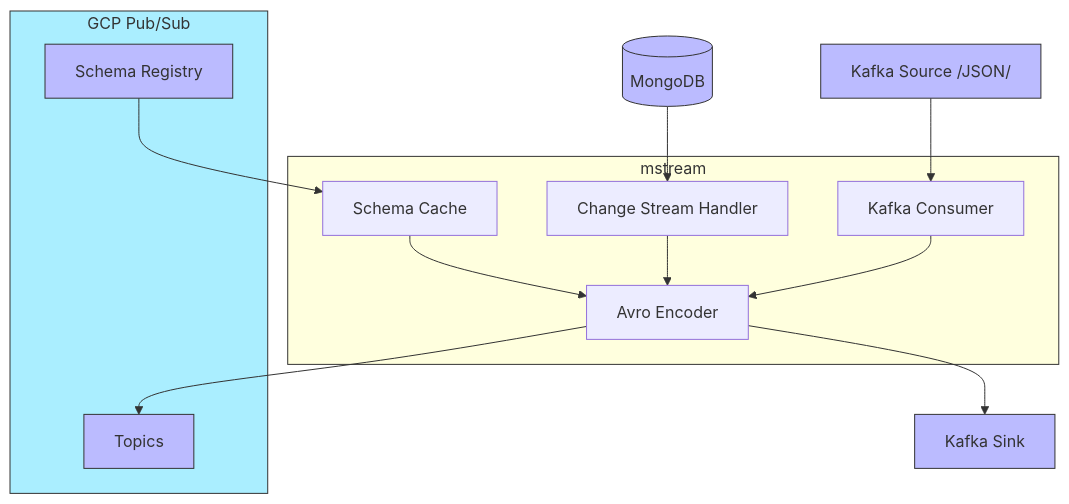
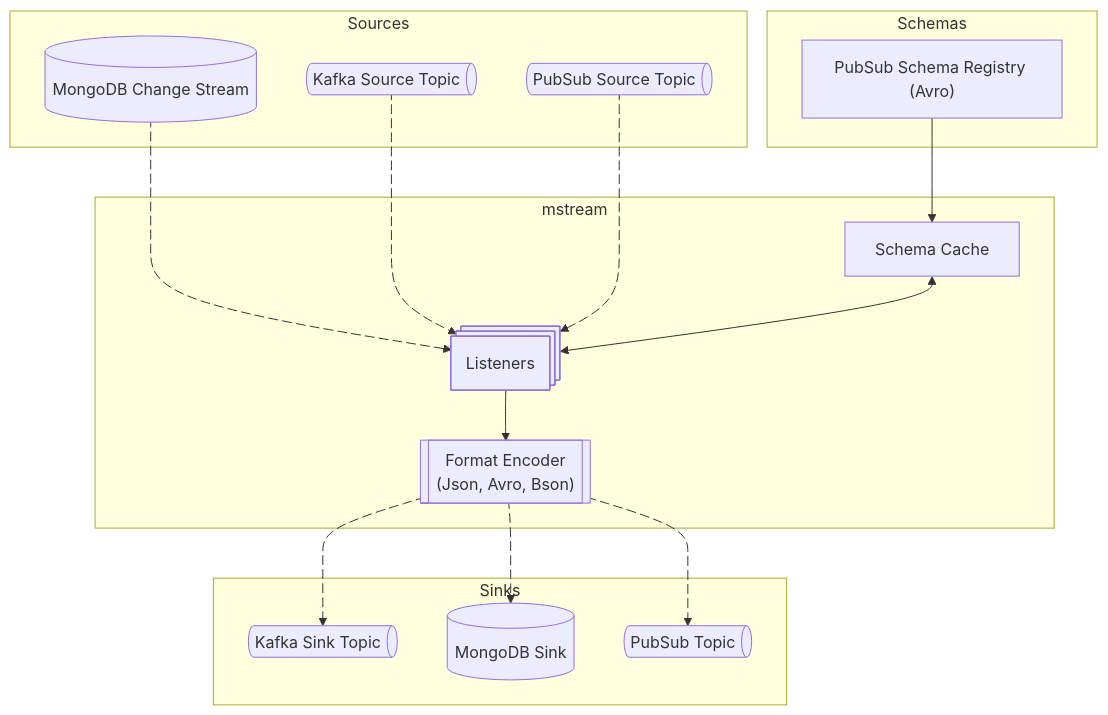
The diagram in README.md (makarski/mstream), drawn with Mermaid before and after one commit. The commit also changed other lines of this file and 1 other file, not shown here.

Commit message:
Update readme and docs

````diff
--- a/README.md
+++ b/README.md
@@ -10,33 +10,48 @@
 ```mermaid
 graph TB
     subgraph mstream[mstream]
-        handler[Change Stream Handler]
-        kafka_consumer[Kafka Consumer]
+        handler@{ shape: procs, label: "Listeners"}
+        %% kafka_consumer[Kafka Consumer]
         schema_cache[Schema Cache]
-        encoder[Avro Encoder]
+        encoder[["`Format Encoder
+        (Json, Avro, Bson)`"]]
     end
 
-    subgraph gcp[GCP Pub/Sub]
-        schema_registry[Schema Registry]
-        pubsub_topic[Topics]
+    subgraph sources[Sources]
+        kafka_source@{ shape: das, label: "Kafka Source Topic" }
+        pubsub_source_topic@{ shape: das, label: "PubSub Source Topic" }
+        mongodb_source@{shape: database, label: "MongoDB Change Stream" }
     end
 
-    mongodb[(MongoDB)] --> handler
-    kafka_source[Kafka Source /JSON/] --> kafka_consumer
+
+    subgraph sinks[Sinks]
+        kafka_sink@{ shape: das, label: "Kafka Sink Topic" }
+        mongodb_target[(MongoDB Sink)]
+        pubsub_sink_topic@{ shape: das, label: "PubSub Topic" }
+    end
+
+
+    subgraph schemas[Schemas]
+        schema_registry@{label: "PubSub Schema Registry (Avro)" }
+    end
+
+
+    mongodb_source e1@-.-> handler
+    kafka_source e2@-..-> handler
+    pubsub_source_topic e3@-.-> handler
     schema_registry --> schema_cache
 
     handler --> encoder
-    kafka_consumer --> encoder
-    schema_cache --> encoder
+    schema_cache <-->handler
 
-    encoder --> pubsub_topic
-    encoder --> kafka_sink[Kafka Sink]
+    encoder e4@-.-> mongodb_target
+    encoder e5@-.-> pubsub_sink_topic
+    encoder e6@-.-> kafka_sink
 
-    classDef primary fill:,stroke:#333,stroke-width:1px
-    classDef secondary fill:#bbf,stroke:#333,stroke-width:1px
-    classDef gcp fill:#aef,stroke:#333,stroke-width:1px
-
-    class mstream primary
-    class mongodb,kafka_source,kafka_sink,pubsub_topic,schema_registry secondary
-    class gcp gcp
+    e1@{animate: true}
+    e2@{animate: true}
+    e3@{animate: true}
+    e4@{animate: true}
+    e5@{animate: true}
+    e6@{animate: true}
 ```
````
